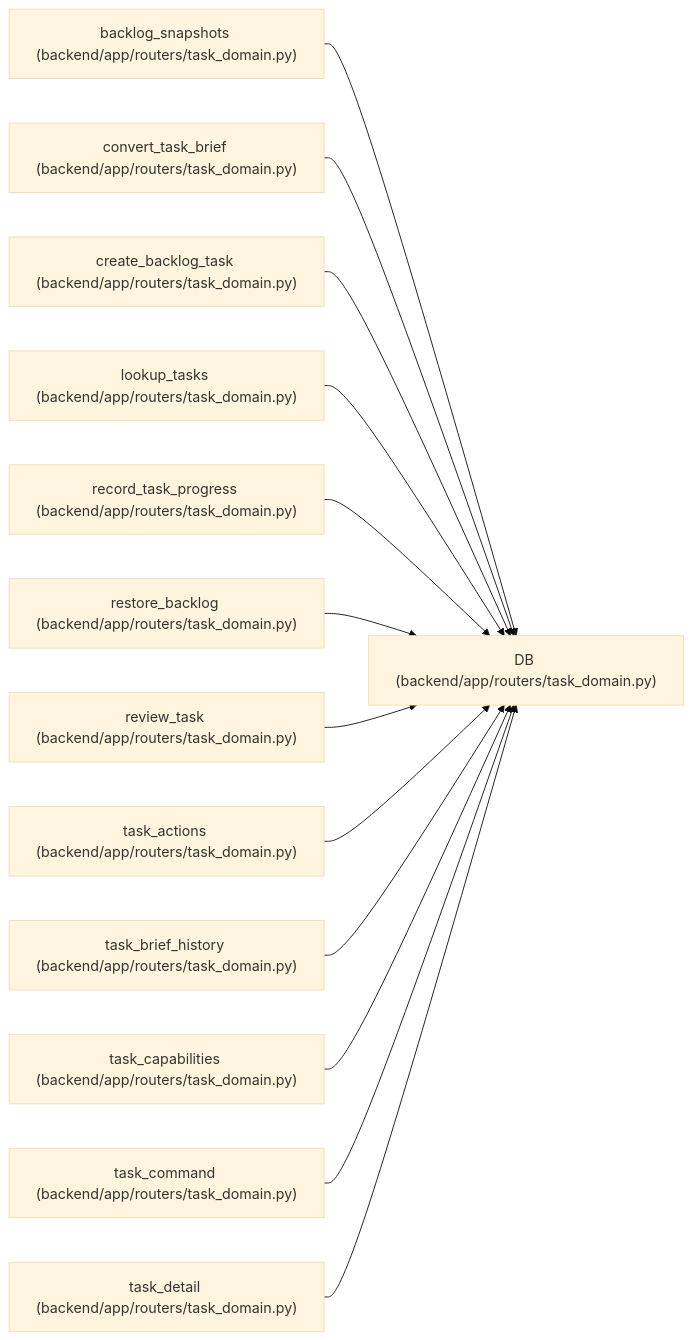
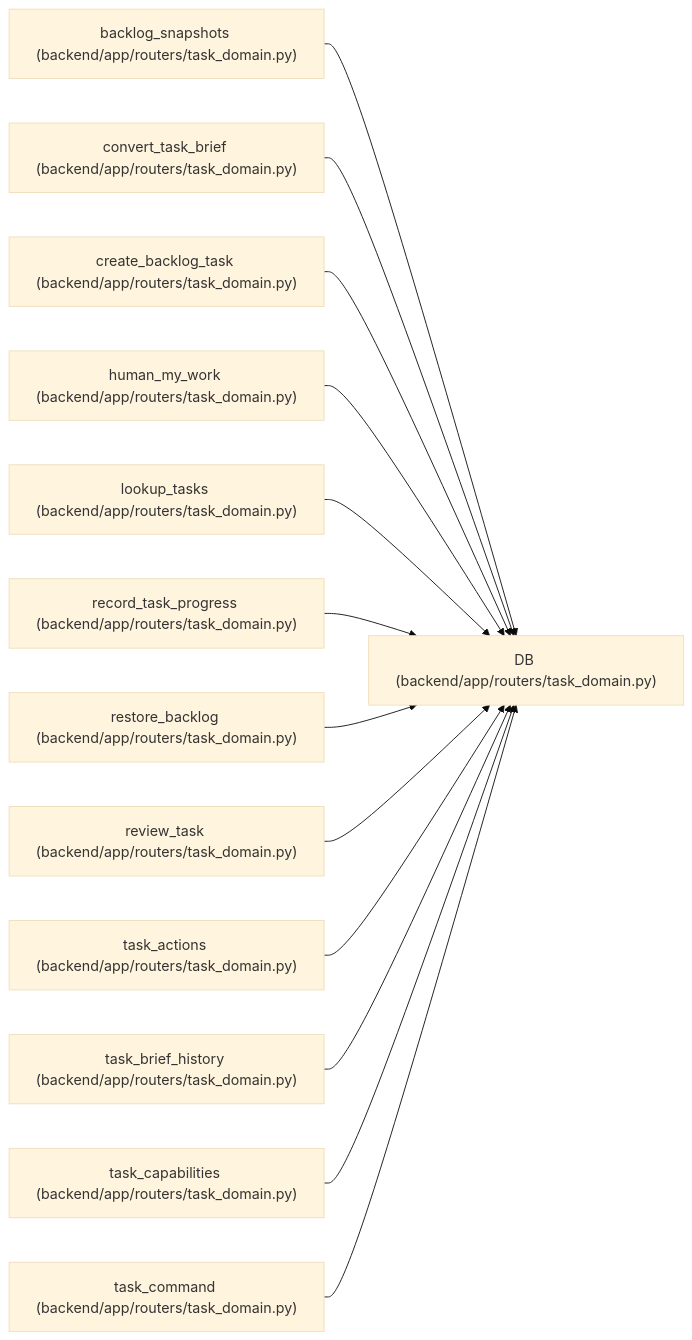
The diagram in docs/llm_wiki/entities/DB.md (Denissvgn/WorkChord), drawn with Mermaid (base theme) before and after one commit. The commit also changed other lines of this file and 1888 other files, not shown here.

First line of the commit message:
Add human teamwork workflows, shared capacity, and task discussion (#7)

````diff
--- a/docs/llm_wiki/entities/DB.md
+++ b/docs/llm_wiki/entities/DB.md
@@ -24,41 +24,41 @@
 ```mermaid
 flowchart LR
     n0["DB (backend/app/routers/task_domain.py)"]
     n1["backlog_snapshots (backend/app/routers/task_domain.py)"]
     n2["convert_task_brief (backend/app/routers/task_domain.py)"]
     n3["create_backlog_task (backend/app/routers/task_domain.py)"]
-    n4["lookup_tasks (backend/app/routers/task_domain.py)"]
-    n5["record_task_progress (backend/app/routers/task_domain.py)"]
-    n6["restore_backlog (backend/app/routers/task_domain.py)"]
-    n7["review_task (backend/app/routers/task_domain.py)"]
-    n8["task_actions (backend/app/routers/task_domain.py)"]
-    n9["task_brief_history (backend/app/routers/task_domain.py)"]
-    n10["task_capabilities (backend/app/routers/task_domain.py)"]
-    n11["task_command (backend/app/routers/task_domain.py)"]
-    n12["task_detail (backend/app/routers/task_domain.py)"]
+    n4["human_my_work (backend/app/routers/task_domain.py)"]
+    n5["lookup_tasks (backend/app/routers/task_domain.py)"]
+    n6["record_task_progress (backend/app/routers/task_domain.py)"]
+    n7["restore_backlog (backend/app/routers/task_domain.py)"]
+    n8["review_task (backend/app/routers/task_domain.py)"]
+    n9["task_actions (backend/app/routers/task_domain.py)"]
+    n10["task_brief_history (backend/app/routers/task_domain.py)"]
+    n11["task_capabilities (backend/app/routers/task_domain.py)"]
+    n12["task_command (backend/app/routers/task_domain.py)"]
     n1 --> n0
     n2 --> n0
     n3 --> n0
     n4 --> n0
     n5 --> n0
     n6 --> n0
     n7 --> n0
     n8 --> n0
     n9 --> n0
     n10 --> n0
     n11 --> n0
     n12 --> n0
     click n0 "../modules/routers_task_domain.md"
     click n1 "../modules/routers_task_domain.md"
     click n2 "../modules/routers_task_domain.md"
     click n3 "../modules/routers_task_domain.md"
     click n4 "../modules/routers_task_domain.md"
     click n5 "../modules/routers_task_domain.md"
     click n6 "../modules/routers_task_domain.md"
     click n7 "../modules/routers_task_domain.md"
     click n8 "../modules/routers_task_domain.md"
     click n9 "../modules/routers_task_domain.md"
     click n10 "../modules/routers_task_domain.md"
     click n11 "../modules/routers_task_domain.md"
     click n12 "../modules/routers_task_domain.md"
 ```
````
